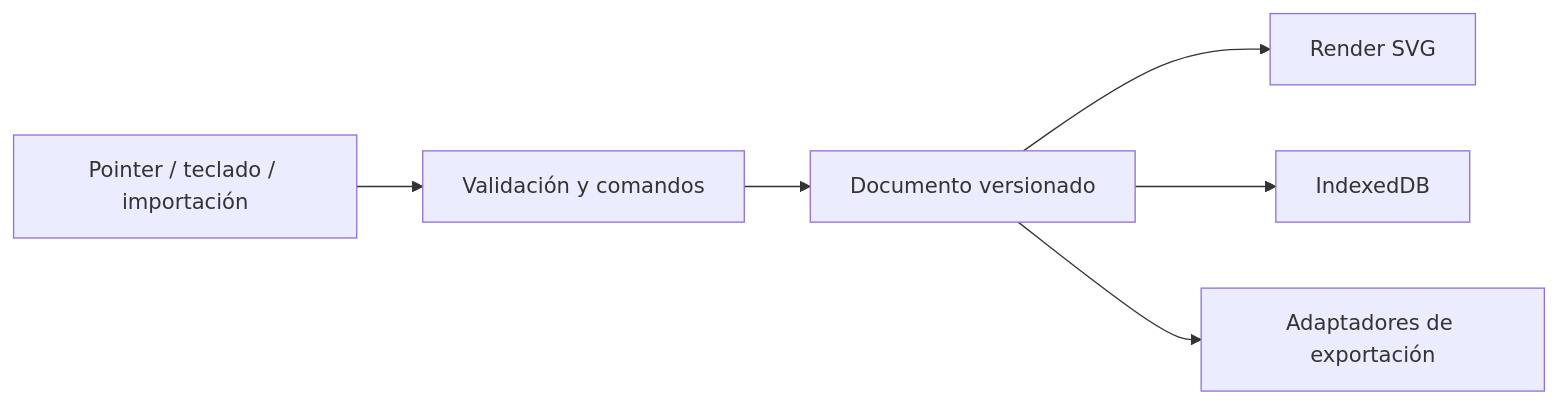
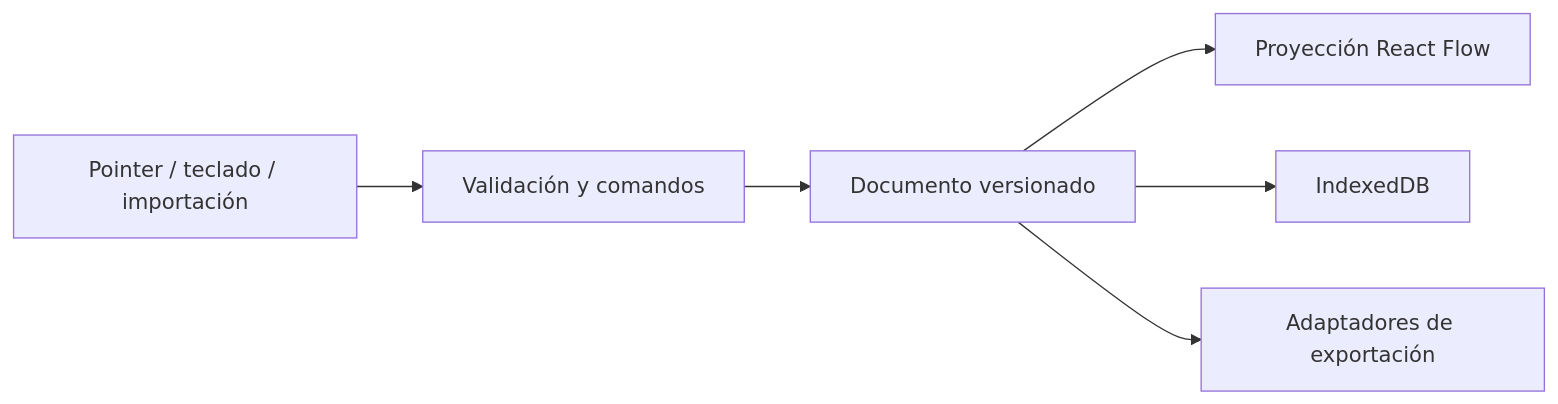
Before and after one commit to AnalizaJech/cloud-architect-studio: the second of 2 diagrams in README.md, drawn with Mermaid. The commit also changed other lines of this file and 81 other files, not shown here.

````diff
--- a/README.md
+++ b/README.md
@@ -103,8 +106,8 @@
 ```mermaid
 flowchart LR
   INPUT[Pointer / teclado / importación] --> VALIDATE[Validación y comandos]
   VALIDATE --> DOC[Documento versionado]
-  DOC --> VIEW[Render SVG]
+  DOC --> VIEW[Proyección React Flow]
   DOC --> SAVE[IndexedDB]
   DOC --> EXPORT[Adaptadores de exportación]
 ```
````
